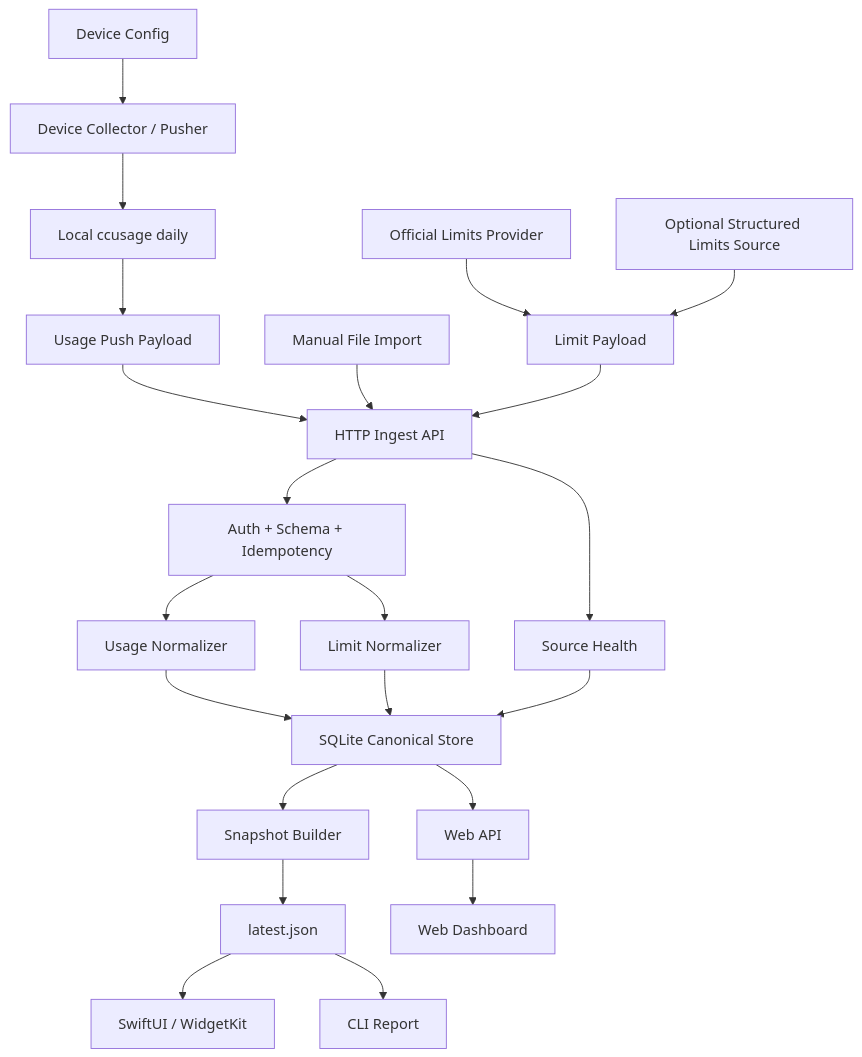
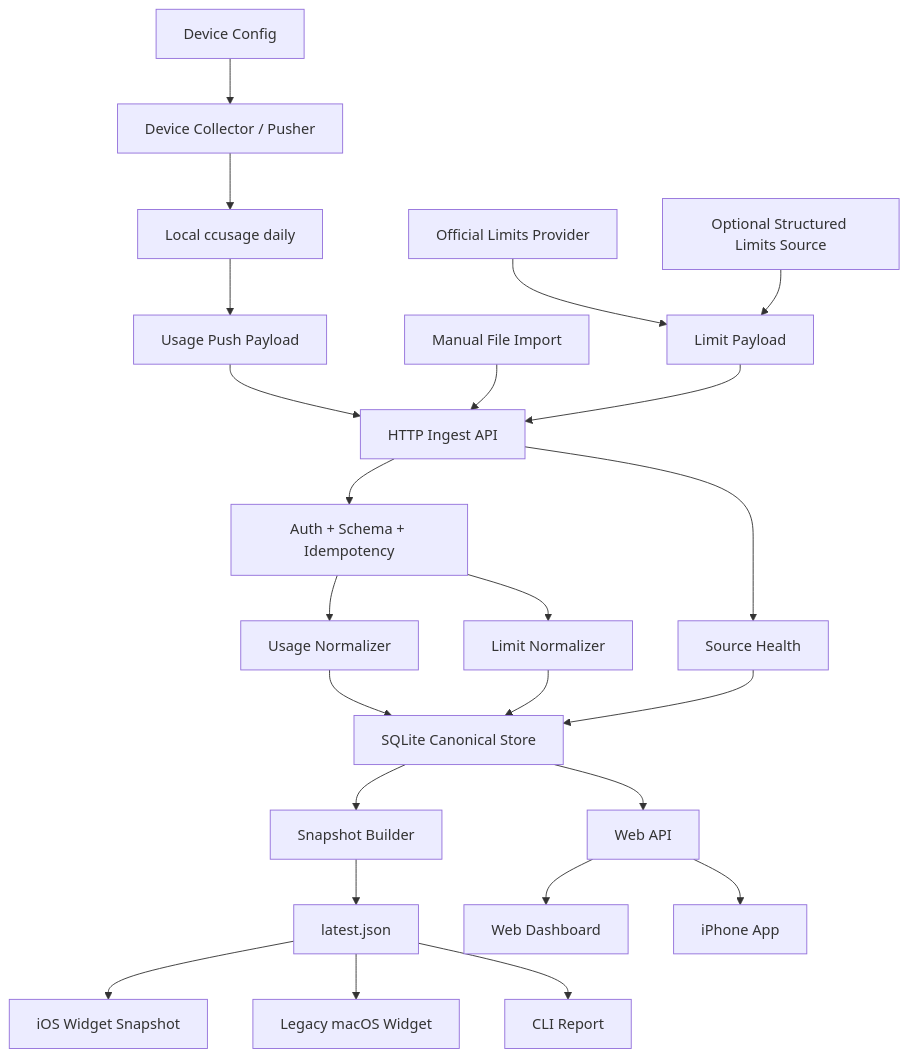
Before and after one commit to Moshuiwang/aiusage: the diagram in docs/architecture.md, drawn with Mermaid. The commit also changed other lines of this file and 7 other files, not shown here.

````diff
--- a/docs/architecture.md
+++ b/docs/architecture.md
@@ -15,27 +15,29 @@
 ```mermaid
 flowchart TD
     deviceConfig["Device Config"] --> deviceCollector["Device Collector / Pusher"]
     deviceCollector --> ccusage["Local ccusage daily"]
     ccusage --> pushPayload["Usage Push Payload"]
     pushPayload --> httpIngest["HTTP Ingest API"]
     manualImport["Manual File Import"] --> httpIngest
     officialLimits["Official Limits Provider"] --> limitPayload["Limit Payload"]
     limits["Optional Structured Limits Source"] --> limitPayload
     limitPayload --> httpIngest
 
     httpIngest --> auth["Auth + Schema + Idempotency"]
     auth --> usageNormalizer["Usage Normalizer"]
     auth --> limitNormalizer["Limit Normalizer"]
 
     usageNormalizer --> sqlite["SQLite Canonical Store"]
     limitNormalizer --> sqlite
     httpIngest --> health["Source Health"]
     health --> sqlite
 
     sqlite --> snapshot["Snapshot Builder"]
     snapshot --> latest["latest.json"]
     sqlite --> webApi["Web API"]
     webApi --> dashboard["Web Dashboard"]
-    latest --> widget["SwiftUI / WidgetKit"]
+    webApi --> iphoneApp["iPhone App"]
+    latest --> iosWidget["iOS Widget Snapshot"]
+    latest --> legacyWidget["Legacy macOS Widget"]
     latest --> cliReport["CLI Report"]
 ```
````
